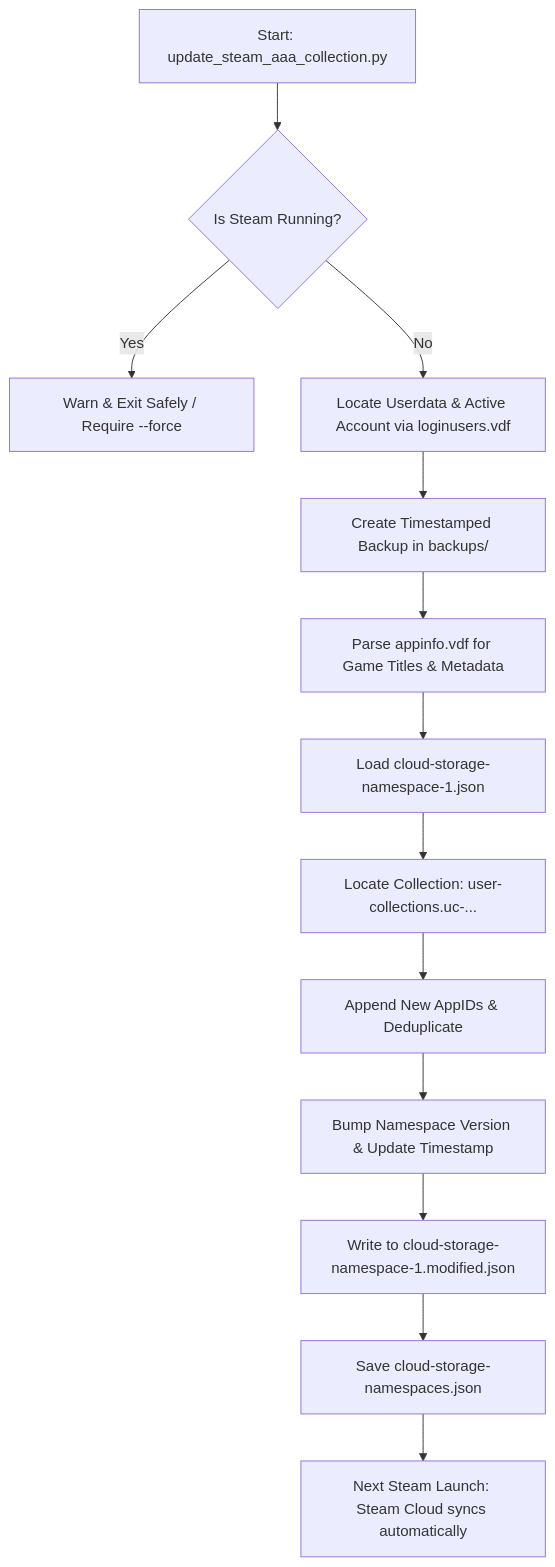
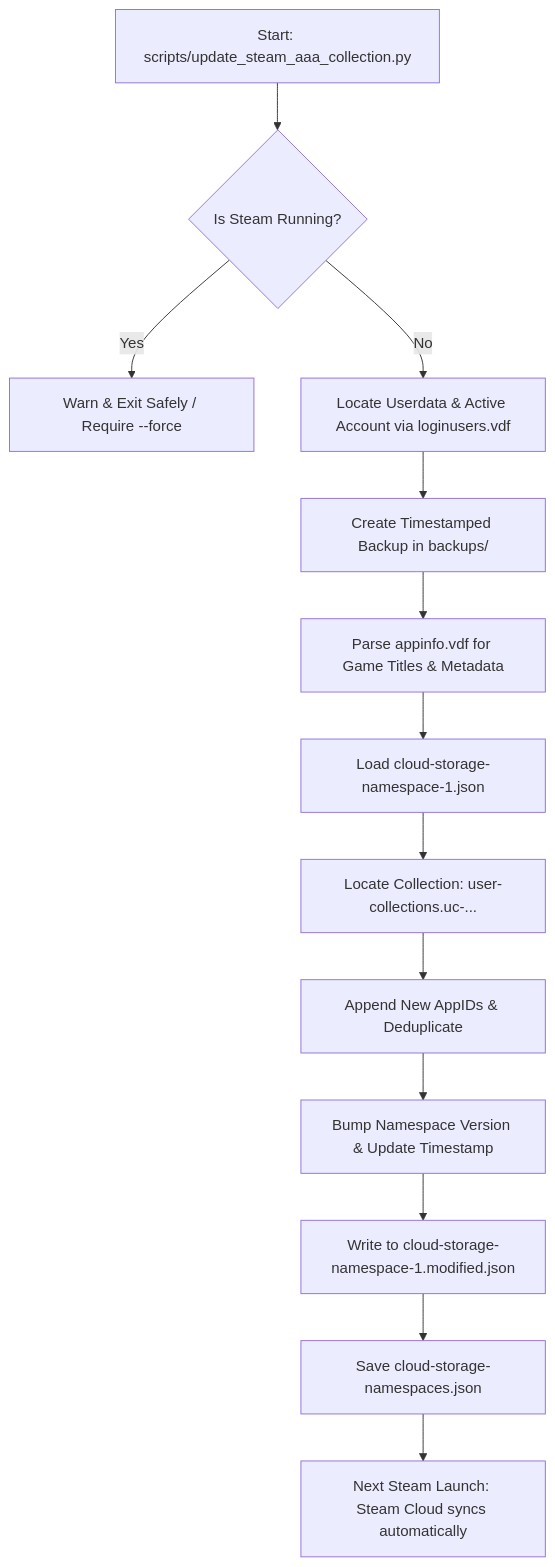
One commit to vSkilled/steam_collection_scripts changed the diagram in README.md. Above: the diagram before and after it, drawn with Mermaid. The commit also changed other lines of this file and 1 other file, not shown here.

Commit message:
Move scripts into scripts/ directory and update documentation references

````diff
--- a/README.md
+++ b/README.md
@@ -42,15 +42,15 @@
 ```mermaid
 flowchart TD
-    A[Start: update_steam_aaa_collection.py] --> B{Is Steam Running?}
+    A[Start: scripts/update_steam_aaa_collection.py] --> B{Is Steam Running?}
     B -- Yes --> C[Warn & Exit Safely / Require --force]
     B -- No --> D[Locate Userdata & Active Account via loginusers.vdf]
     D --> E[Create Timestamped Backup in backups/]
     E --> F[Parse appinfo.vdf for Game Titles & Metadata]
     F --> G[Load cloud-storage-namespace-1.json]
     G --> H[Locate Collection: user-collections.uc-...]
     H --> I[Append New AppIDs & Deduplicate]
     I --> J[Bump Namespace Version & Update Timestamp]
     J --> K[Write to cloud-storage-namespace-1.modified.json]
     K --> L[Save cloud-storage-namespaces.json]
     L --> M[Next Steam Launch: Steam Cloud syncs automatically]
 ```
````
